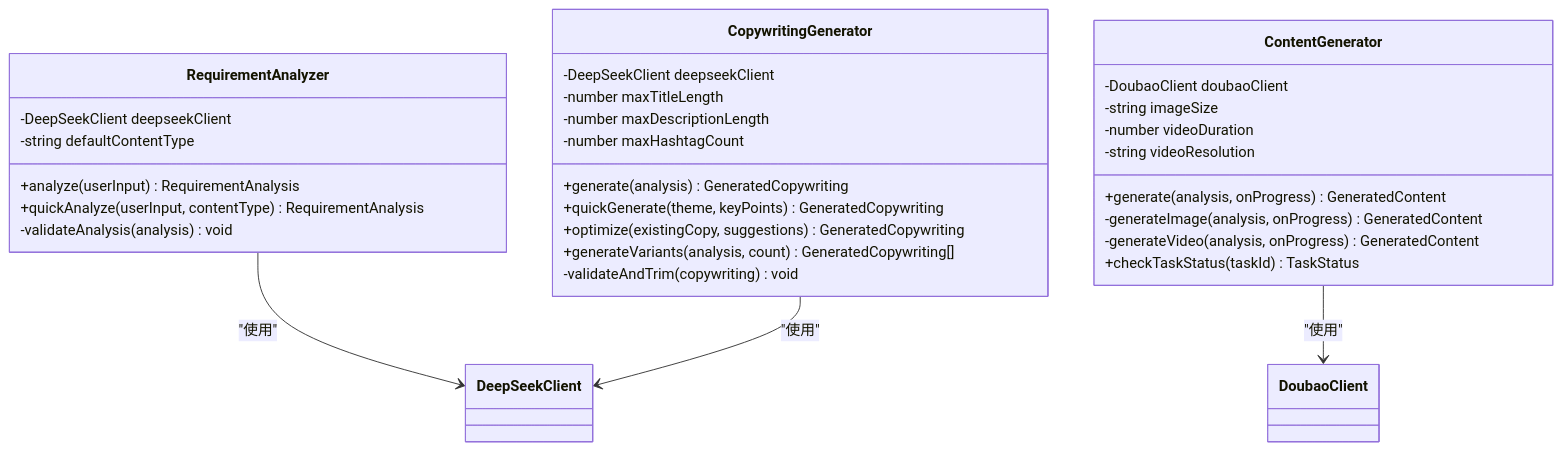
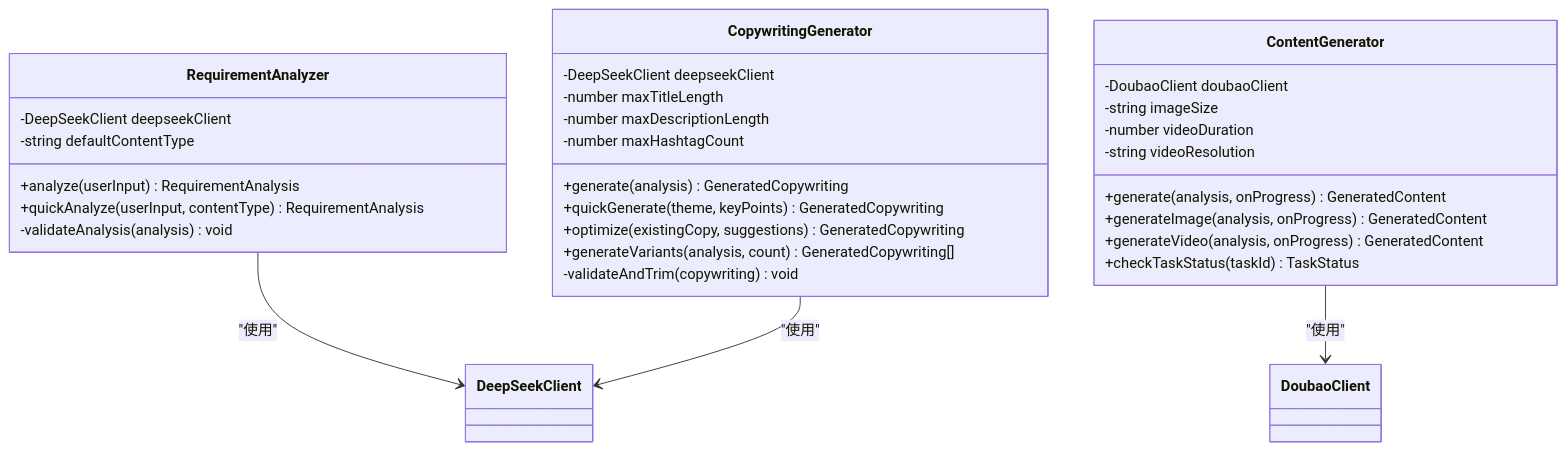
The fourth of 17 diagrams in .qoder/repowiki/zh/content/核心模块详解/Web界面系统/AI创作页面.md (songdiyang/clawOperations), drawn with Mermaid before and after one commit. The commit also changed other lines of this file and 52 other files, not shown here.

````diff
--- a/.qoder/repowiki/zh/content/核心模块详解/Web界面系统/AI创作页面.md
+++ b/.qoder/repowiki/zh/content/核心模块详解/Web界面系统/AI创作页面.md
@@ -177,34 +238,34 @@
 ```mermaid
 classDiagram
 class RequirementAnalyzer {
 -DeepSeekClient deepseekClient
 -string defaultContentType
 +analyze(userInput) RequirementAnalysis
 +quickAnalyze(userInput, contentType) RequirementAnalysis
 -validateAnalysis(analysis) void
 }
 class ContentGenerator {
 -DoubaoClient doubaoClient
 -string imageSize
 -number videoDuration
 -string videoResolution
 +generate(analysis, onProgress) GeneratedContent
--generateImage(analysis, onProgress) GeneratedContent
--generateVideo(analysis, onProgress) GeneratedContent
++generateImage(analysis, onProgress) GeneratedContent
++generateVideo(analysis, onProgress) GeneratedContent
 +checkTaskStatus(taskId) TaskStatus
 }
 class CopywritingGenerator {
 -DeepSeekClient deepseekClient
 -number maxTitleLength
 -number maxDescriptionLength
 -number maxHashtagCount
 +generate(analysis) GeneratedCopywriting
 +quickGenerate(theme, keyPoints) GeneratedCopywriting
 +optimize(existingCopy, suggestions) GeneratedCopywriting
 +generateVariants(analysis, count) GeneratedCopywriting[]
 -validateAndTrim(copywriting) void
 }
 RequirementAnalyzer --> DeepSeekClient : "使用"
 ContentGenerator --> DoubaoClient : "使用"
 CopywritingGenerator --> DeepSeekClient : "使用"
 ```
````
